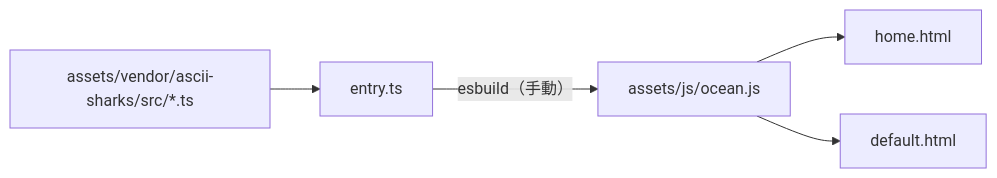
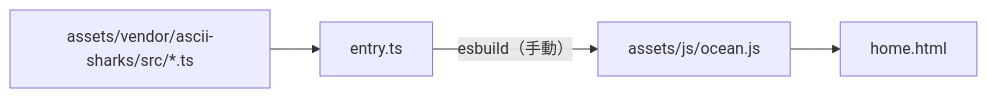
The third of 3 diagrams in README.md (laiyenju/laiyenju.github.io), drawn with Mermaid before and after one commit. The commit also changed other lines of this file and 4 other files, not shown here.

````diff
--- a/README.md
+++ b/README.md
@@ -164,7 +164,6 @@
 ```mermaid
 flowchart LR
   S["assets/vendor/ascii-sharks/src/*.ts"] --> E["entry.ts"]
   E -- "esbuild（手動）" --> O["assets/js/ocean.js"]
   O --> H["home.html"]
-  O --> D["default.html"]
 ```
````
